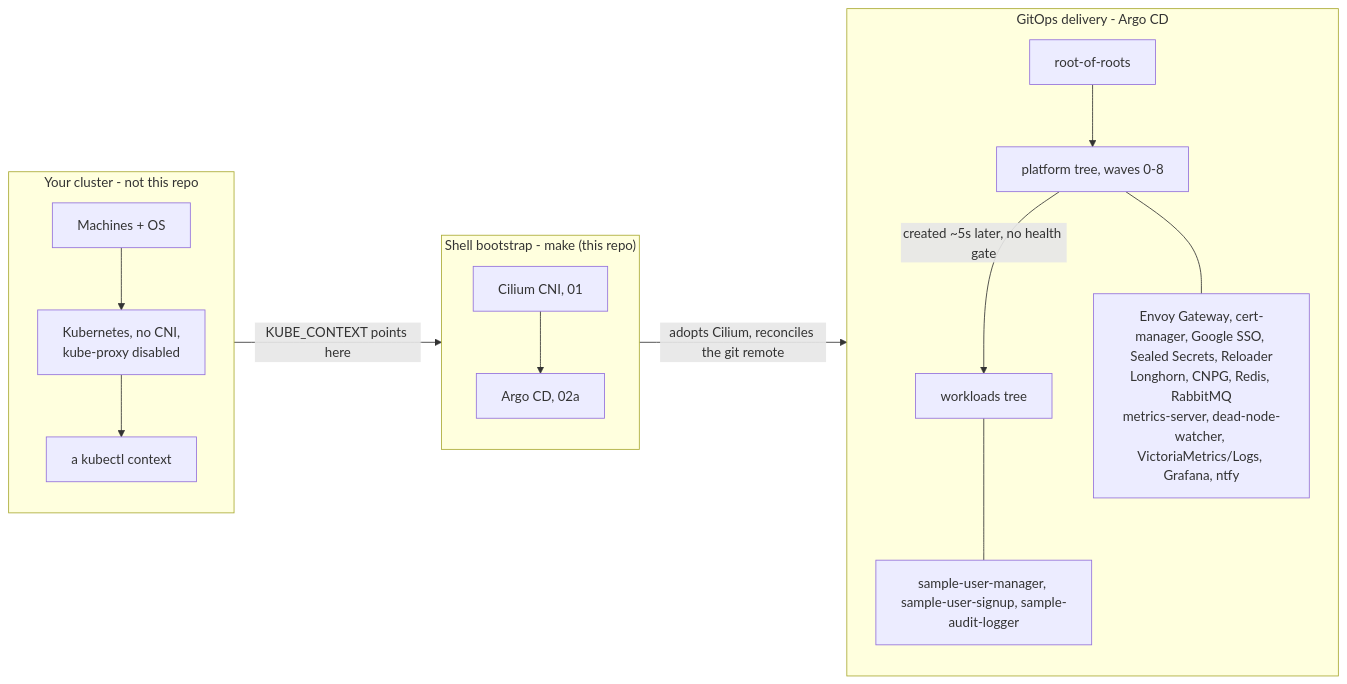
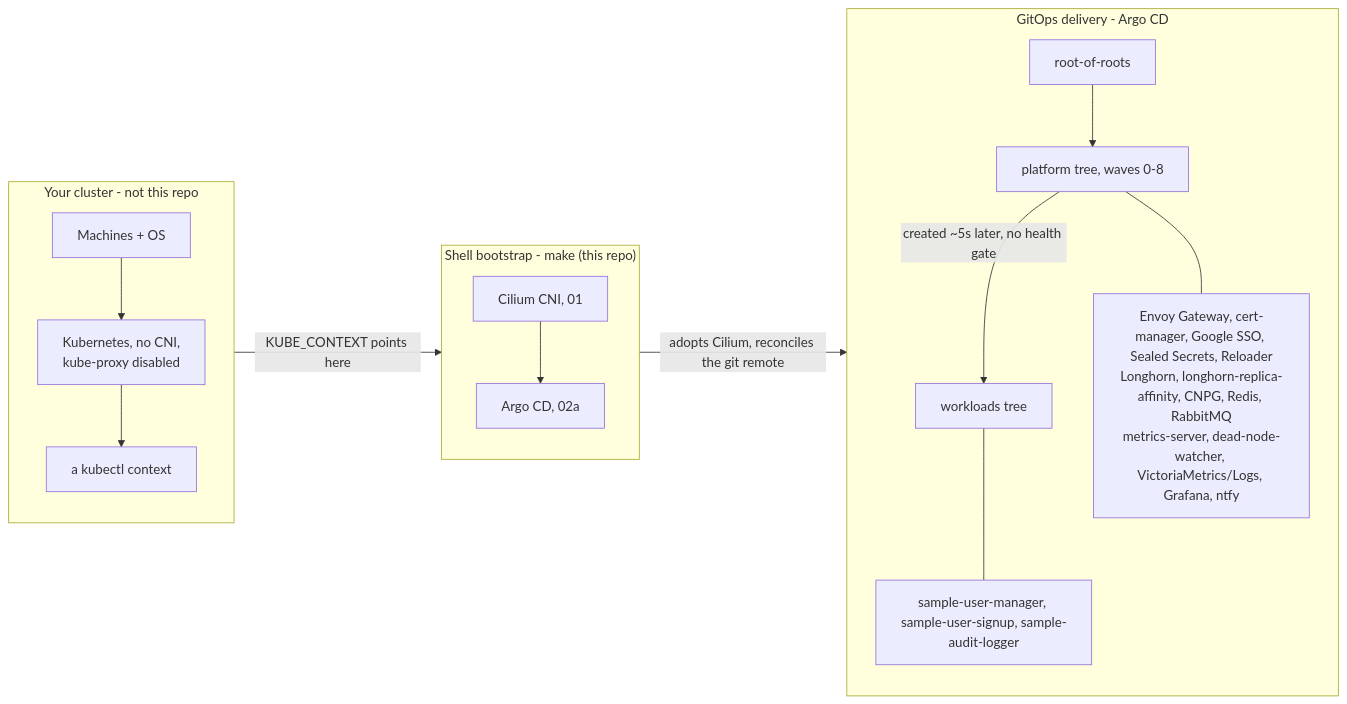
Before and after one commit to yama6a/offgrid: the diagram in README.md, drawn with Mermaid. The commit also changed other lines of this file and 15 other files, not shown here.

Commit message:
Add longhorn-replica-affinity and opt in the Longhorn RWO workloads (#50)

````diff
--- a/README.md
+++ b/README.md
@@ -139,21 +140,21 @@
 ```mermaid
 flowchart LR
     subgraph os["Your cluster - not this repo"]
         direction TB
         HW["Machines + OS"] --> TAL["Kubernetes, no CNI,<br/>kube-proxy disabled"]
         TAL --> KC["a kubectl context"]
     end
     KC -->|" KUBE_CONTEXT points here "| CIL
     subgraph imp["Shell bootstrap - make (this repo)"]
         direction TB
         CIL["Cilium CNI, 01"] --> ARGO["Argo CD, 02a"]
     end
     ARGO -->|" adopts Cilium, reconciles the git remote "| ROOT["root-of-roots"]
     subgraph gitops["GitOps delivery - Argo CD"]
         direction TB
         ROOT --> PLAT["platform tree, waves 0-8"]
         PLAT -->|" created ~5s later, no health gate "| WORK["workloads tree"]
-        PLAT --- PC["Envoy Gateway, cert-manager, Google SSO, Sealed Secrets, Reloader<br/>Longhorn, CNPG, Redis, RabbitMQ<br/>metrics-server, dead-node-watcher, VictoriaMetrics/Logs, Grafana, ntfy"]
+        PLAT --- PC["Envoy Gateway, cert-manager, Google SSO, Sealed Secrets, Reloader<br/>Longhorn, longhorn-replica-affinity, CNPG, Redis, RabbitMQ<br/>metrics-server, dead-node-watcher, VictoriaMetrics/Logs, Grafana, ntfy"]
         WORK --- WC["sample-user-manager, sample-user-signup, sample-audit-logger"]
     end
 ```
````
